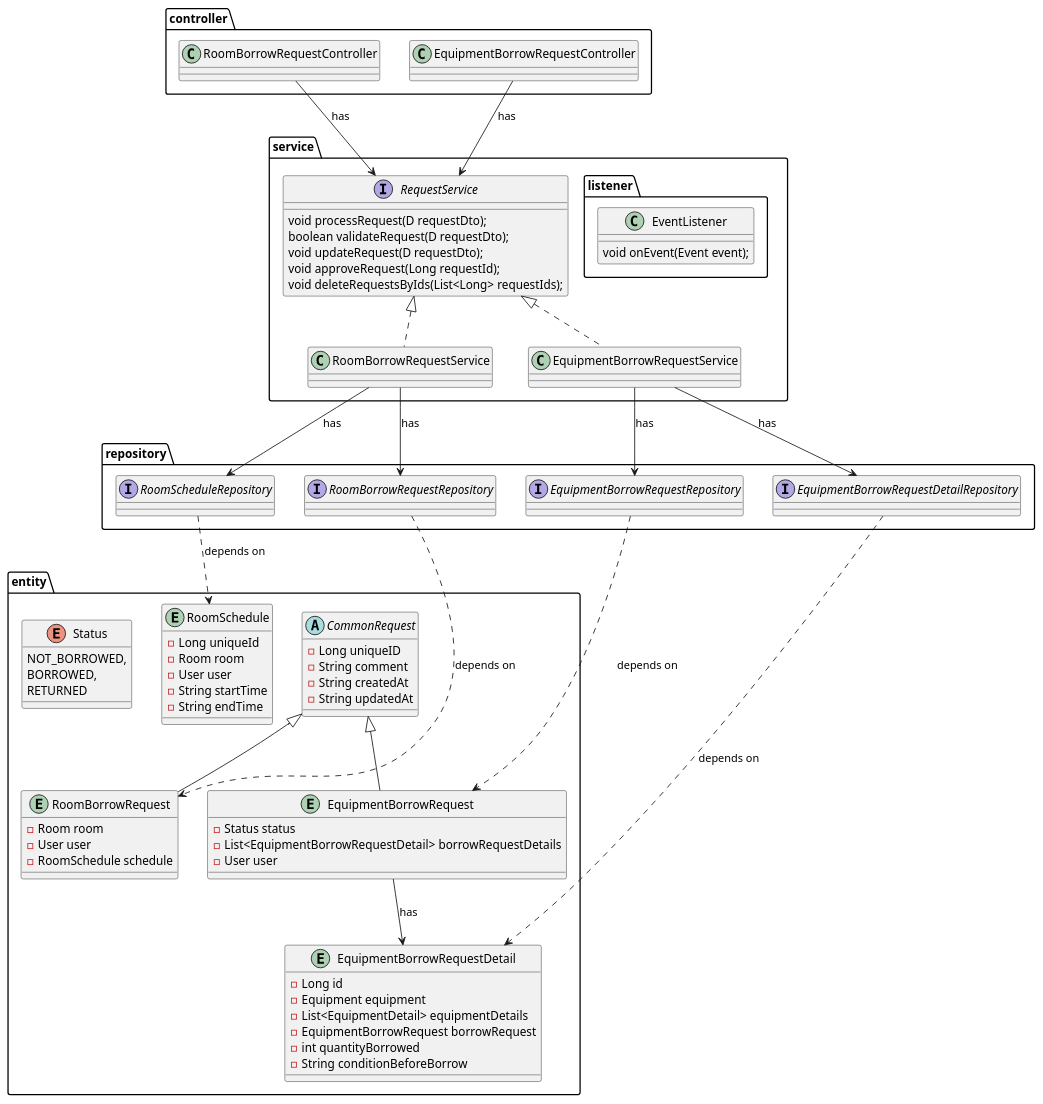
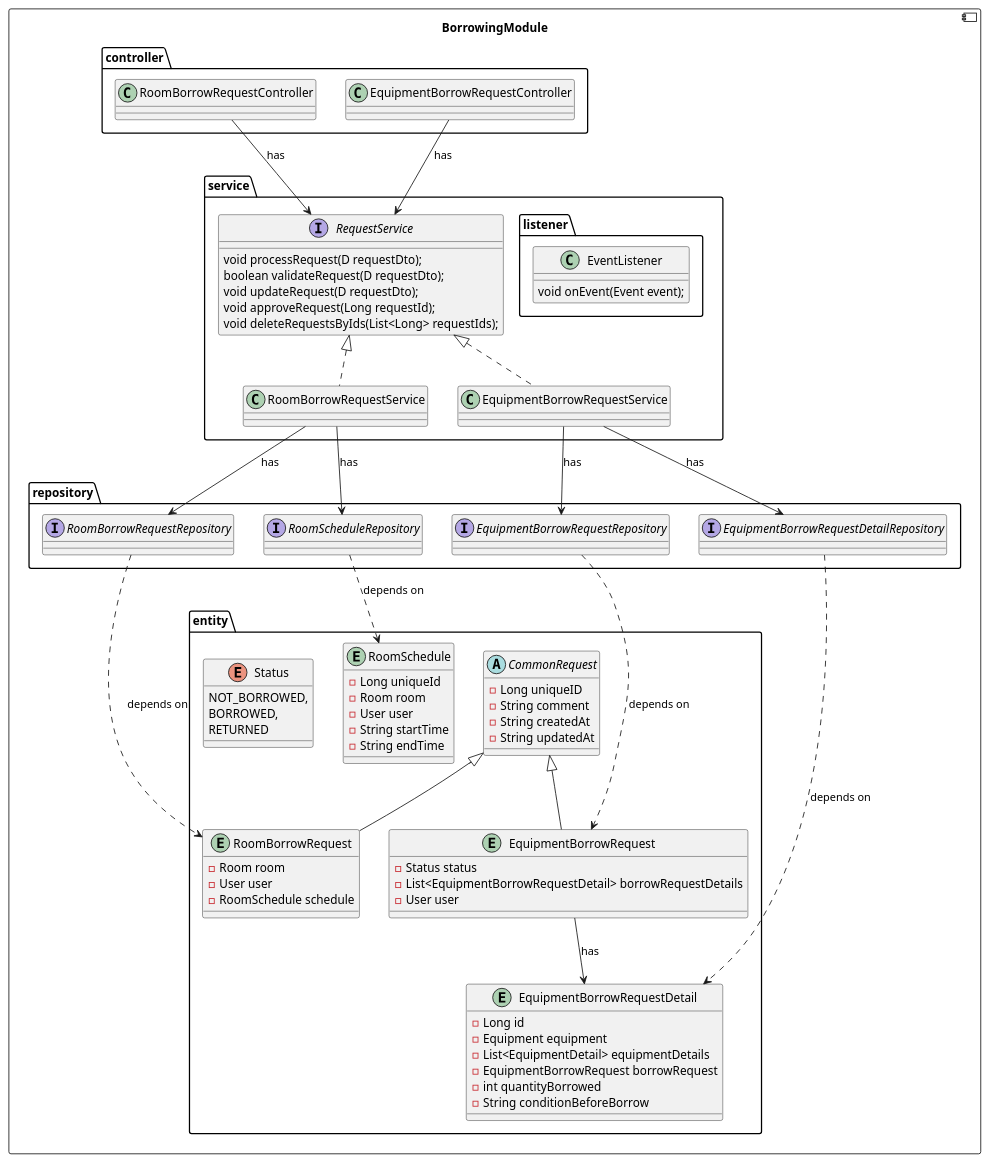
The second of 2 diagrams in src/main/java/org/example/sem_backend/modules/borrowing_module/docs/UMLcode/Borrowing_module_class_diagram.puml (tammysensitive2312/SEM_Software_back-end), drawn with PlantUML before and after one commit. The commit also changed 20 other files, not shown here.

```diff
--- a/src/main/java/org/example/sem_backend/modules/borrowing_module/docs/UMLcode/Borrowing_module_class_diagram.puml
+++ b/src/main/java/org/example/sem_backend/modules/borrowing_module/docs/UMLcode/Borrowing_module_class_diagram.puml
@@ -26,84 +26,86 @@
 @startuml
+component BorrowingModule {
 package controller {
     class EquipmentBorrowRequestController
     class RoomBorrowRequestController
 }
 
 package service {
     interface RequestService {
         void processRequest(D requestDto);
         boolean validateRequest(D requestDto);
         void updateRequest(D requestDto);
         void approveRequest(Long requestId);
         void deleteRequestsByIds(List<Long> requestIds);
     }
 
     class RoomBorrowRequestService implements RequestService
     class EquipmentBorrowRequestService implements RequestService
 
     package listener {
     class EventListener {
         void onEvent(Event event);
     }
     }
 }
 
 package repository {
     interface EquipmentBorrowRequestRepository
     interface EquipmentBorrowRequestDetailRepository
     interface RoomBorrowRequestRepository
     interface RoomScheduleRepository
 }
 
 EquipmentBorrowRequestController --> RequestService : has
 RoomBorrowRequestController -> RequestService : has
 EquipmentBorrowRequestService --> EquipmentBorrowRequestRepository : has
 RoomBorrowRequestService -> RoomBorrowRequestRepository : has
 EquipmentBorrowRequestService --> EquipmentBorrowRequestDetailRepository : has
 RoomBorrowRequestService -> RoomScheduleRepository : has
 
 package entity {
 abstract class CommonRequest {
     -Long uniqueID
     -String comment
     -String createdAt
     -String updatedAt
 }
 entity EquipmentBorrowRequest extends CommonRequest{
     -Status status
     -List<EquipmentBorrowRequestDetail> borrowRequestDetails
     -User user
 }
 entity EquipmentBorrowRequestDetail {
     -Long id
     -Equipment equipment
     -List<EquipmentDetail> equipmentDetails
     -EquipmentBorrowRequest borrowRequest
     -int quantityBorrowed
     -String conditionBeforeBorrow
 }
 entity RoomBorrowRequest extends CommonRequest{
     -Room room
     -User user
     -RoomSchedule schedule
 }
 entity RoomSchedule {
     -Long uniqueId
     -Room room
     -User user
     -String startTime
     -String endTime
 }
 enum Status {
     NOT_BORROWED,
     BORROWED,
     RETURNED
 }
 EquipmentBorrowRequest --> EquipmentBorrowRequestDetail : has
 }
 
 EquipmentBorrowRequestRepository ..> EquipmentBorrowRequest : depends on
 EquipmentBorrowRequestDetailRepository ..> EquipmentBorrowRequestDetail : depends on
 RoomBorrowRequestRepository ..> RoomBorrowRequest : depends on
 RoomScheduleRepository ..> RoomSchedule : depends on
+}
 @enduml
```
